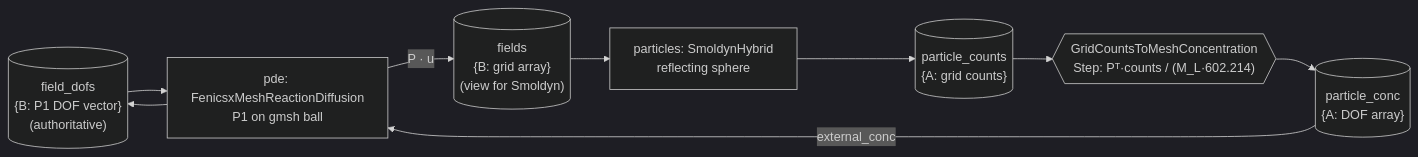
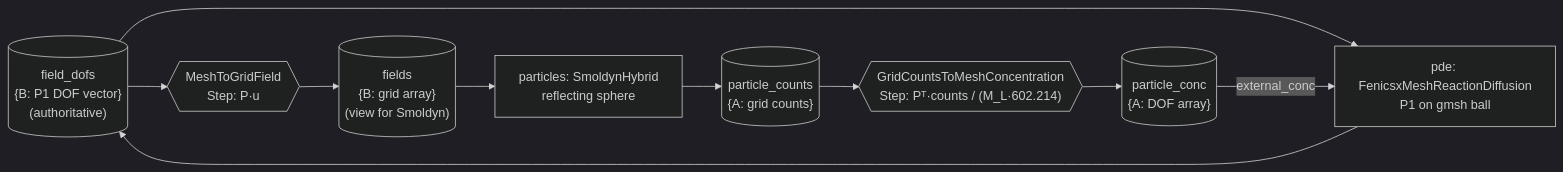
The fourth of 7 diagrams in docs/DESIGN.md (vivarium-collective/viva-pde-particle), drawn with Mermaid (dark theme) before and after one commit. The commit also changed other lines of this file and 10 other files, not shown here.

First line of the commit message:
feat(phase7b): PDE -> particle field adapter as a Step; grid-free mesh engine

````diff
--- a/docs/DESIGN.md
+++ b/docs/DESIGN.md
@@ -452,18 +453,20 @@
 ```mermaid
 flowchart LR
   D[("field_dofs<br/>{B: P1 DOF vector}<br/>(authoritative)")]
   F[("fields<br/>{B: grid array}<br/>(view for Smoldyn)")]
+  S2{{"MeshToGridField<br/>Step: P·u"}}
   C[("particle_counts<br/>{A: grid counts}")]
   PC[("particle_conc<br/>{A: DOF array}")]
   S{{"GridCountsToMeshConcentration<br/>Step: Pᵀ·counts / (M_L·602.214)"}}
   PDE["pde: FenicsxMeshReactionDiffusion<br/>P1 on gmsh ball"]
   PART["particles: SmoldynHybrid<br/>reflecting sphere"]
   D --> PDE
   C --> S
   S --> PC
   PC -- external_conc --> PDE
   PDE --> D
-  PDE -- "P · u" --> F
+  D --> S2
+  S2 --> F
   F --> PART
   PART --> C
 ```
````
